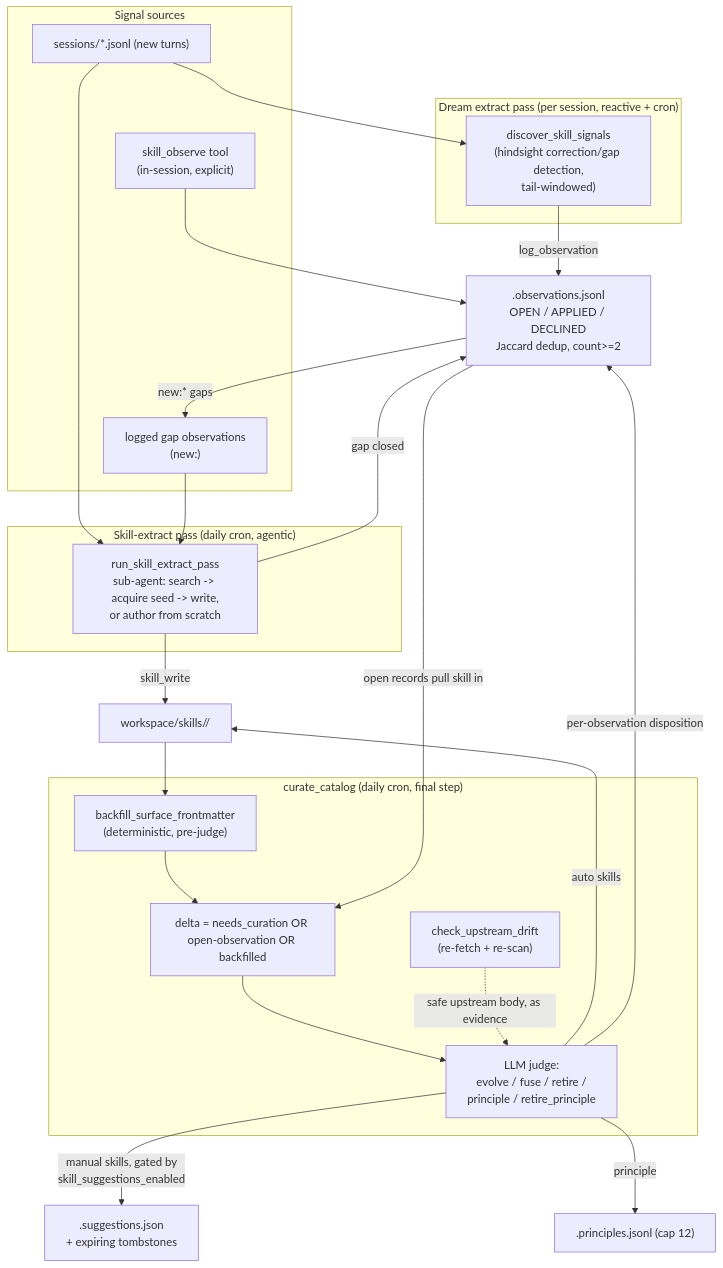
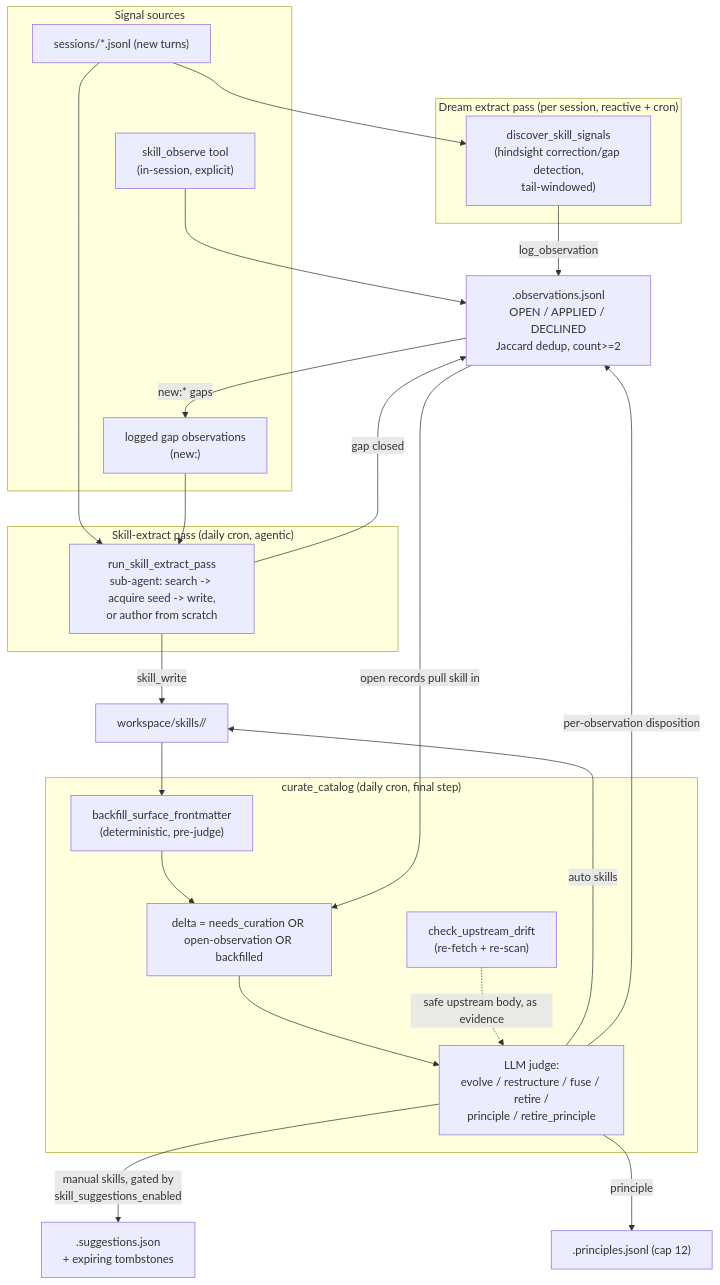
Before and after one commit to mmarmol/durin: the diagram in docs/internals/skills/02_lifecycle_and_curation.md, drawn with Mermaid. The commit also changed other lines of this file and 5 other files, not shown here.

````diff
--- a/docs/internals/skills/02_lifecycle_and_curation.md
+++ b/docs/internals/skills/02_lifecycle_and_curation.md
@@ -58,40 +58,40 @@
 ```mermaid
 flowchart TD
     subgraph Signal["Signal sources"]
         SESS["sessions/*.jsonl (new turns)"]
         OBS_TOOL["skill_observe tool\n(in-session, explicit)"]
         GAP_LOG["logged gap observations\n(new:<name>)"]
     end
 
     subgraph Extract["Dream extract pass (per session, reactive + cron)"]
         SIG["discover_skill_signals\n(hindsight correction/gap detection,\ntail-windowed)"]
     end
 
     OBS_TOOL --> OBSQ
     SESS --> SIG
     SIG -->|log_observation| OBSQ[".observations.jsonl\nOPEN / APPLIED / DECLINED\nJaccard dedup, count>=2"]
 
     subgraph SkillExtract["Skill-extract pass (daily cron, agentic)"]
         SE["run_skill_extract_pass\nsub-agent: search -> acquire seed -> write,\nor author from scratch"]
     end
     SESS --> SE
     GAP_LOG --> SE
     OBSQ -->|"new:* gaps"| GAP_LOG
     SE -->|skill_write| SKILLS["workspace/skills/<name>/"]
     SE -->|"gap closed"| OBSQ
 
     subgraph Curation["curate_catalog (daily cron, final step)"]
         BACKFILL["backfill_surface_frontmatter\n(deterministic, pre-judge)"]
         DELTA["delta = needs_curation OR open-observation OR backfilled"]
-        JUDGE["LLM judge:\nevolve / fuse / retire /\nprinciple / retire_principle"]
+        JUDGE["LLM judge:\nevolve / restructure / fuse / retire /\nprinciple / retire_principle"]
         DRIFT["check_upstream_drift\n(re-fetch + re-scan)"]
     end
     SKILLS --> BACKFILL --> DELTA
     OBSQ -->|open records pull skill in| DELTA
     DELTA --> JUDGE
     DRIFT -.->|safe upstream body, as evidence| JUDGE
     JUDGE -->|auto skills| SKILLS
     JUDGE -->|manual skills, gated by\nskill_suggestions_enabled| BANDEJA[".suggestions.json\n+ expiring tombstones"]
     JUDGE -->|per-observation disposition| OBSQ
     JUDGE -->|principle| PRIN[".principles.jsonl (cap 12)"]
 ```
````
